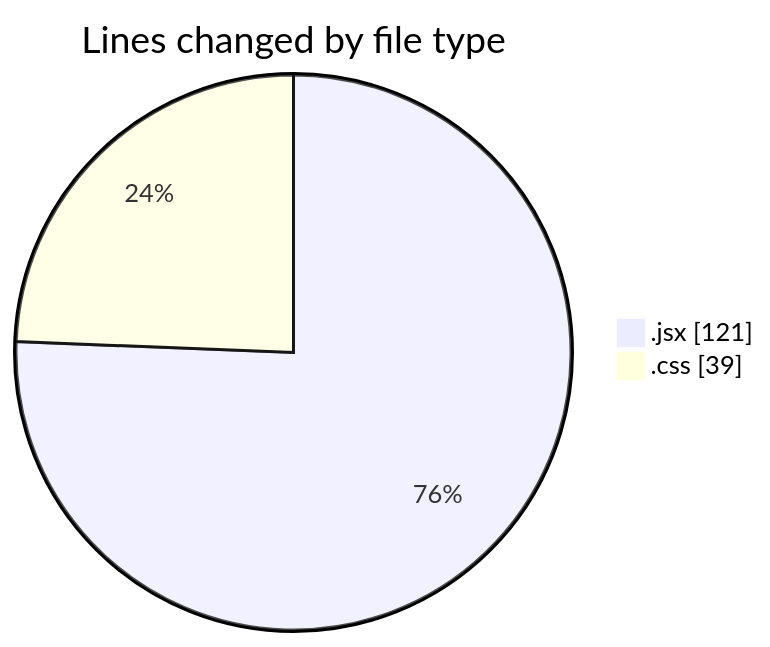
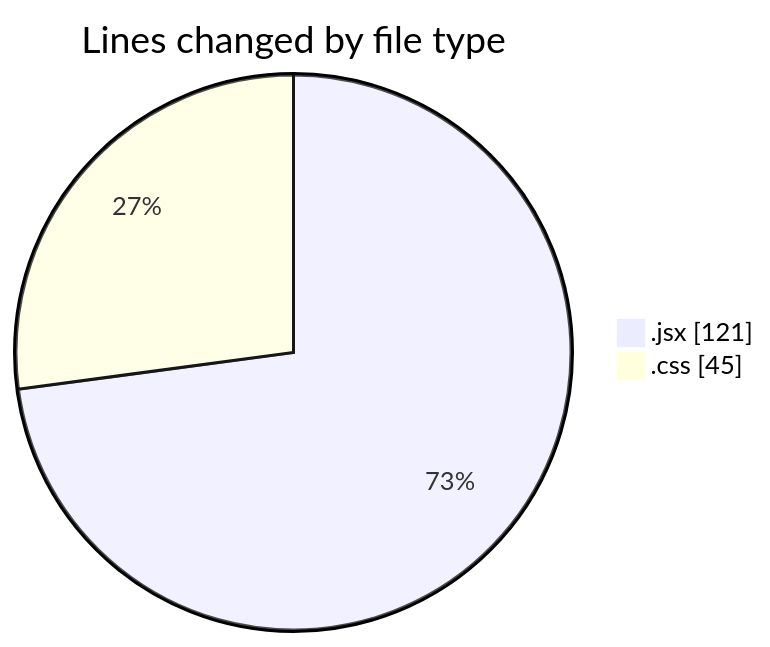
Before and after one commit to Elitesun/code-tracking: the first of 2 diagrams in 2025-02-06/react_ecom/README.md, drawn with Mermaid. The commit also changed other lines of this file and 1 other file, not shown here.

````diff
--- a/2025-02-06/react_ecom/README.md
+++ b/2025-02-06/react_ecom/README.md
@@ -23,6 +23,6 @@
 ```mermaid
 pie showData
 title Lines changed by file type
 ".jsx" : 121
-".css" : 39
+".css" : 45
 ```
````
